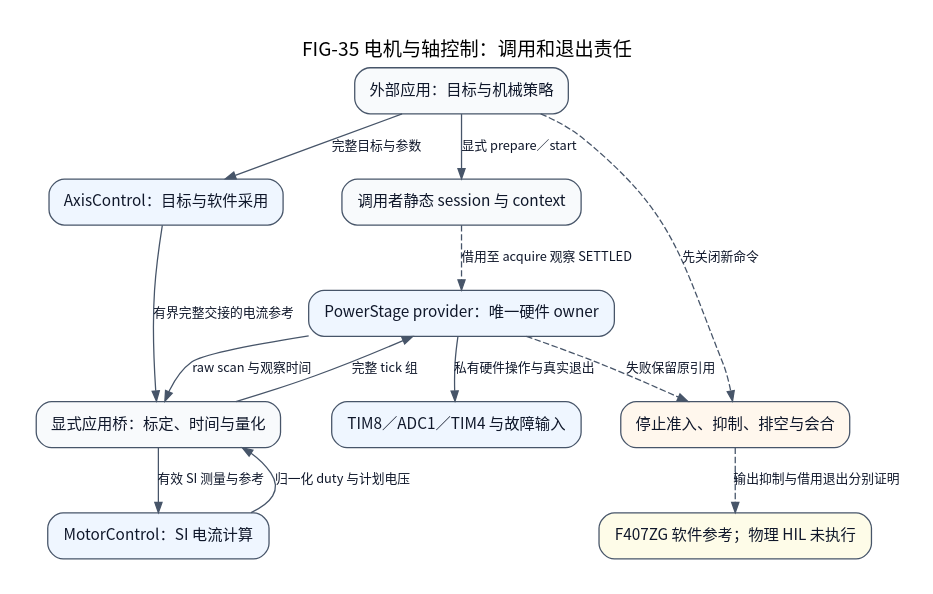
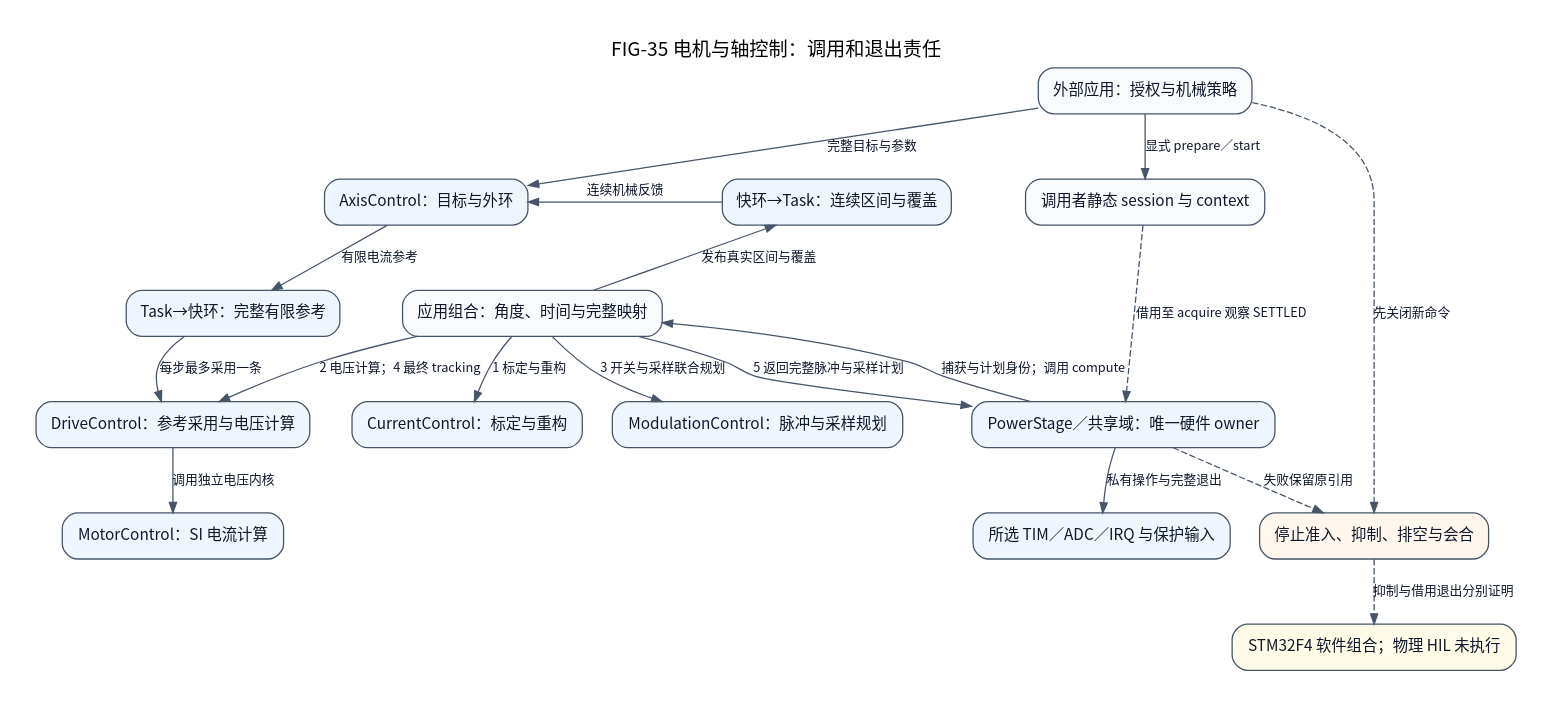
One commit to X-Gen-Lab/nexus changed the diagram in docs/assets/diagrams/motor-control.dot. Above: the diagram before and after it, drawn with Graphviz. The commit also changed 117 other files, not shown here.

Commit message:
feat(control): assemble sampled FOC and shared F4 power stages

```diff
--- a/docs/assets/diagrams/motor-control.dot
+++ b/docs/assets/diagrams/motor-control.dot
@@ -1,38 +1,50 @@
-// FIG-35 current: optional software composition and exact F407ZG reference.
+// FIG-35 current: optional control composition and selected STM32F4 execution.
 // Code basis: components/control; io/power_stage.h; F4 pwm_adc implementation.
 // Solid arrows are calls/data; dashed arrows are loans or exit duties.
 digraph MotorControl {
     graph [label="FIG-35 电机与轴控制：调用和退出责任", rankdir=TB,
-           bgcolor="white", pad=0.28, nodesep=0.35, ranksep=0.55,
+           bgcolor="white", pad=0.28, nodesep=0.32, ranksep=0.55,
            fontname="Noto Sans CJK SC", fontsize=15, labelloc=t];
     node [shape=box, style="rounded,filled", fillcolor="#eff6ff",
           color="#475569", fontcolor="#0f172a", fontname="Noto Sans CJK SC",
           fontsize=12, margin="0.15,0.11"];
     edge [color="#475569", fontcolor="#0f172a",
           fontname="Noto Sans CJK SC", fontsize=10, arrowsize=0.8];
 
-    app [label="外部应用：目标与机械策略", fillcolor="#f8fafc"];
-    axis [label="AxisControl：目标与软件采用"];
+    app [label="外部应用：授权与机械策略", fillcolor="#f8fafc"];
+    axis [label="AxisControl：目标与外环"];
+    reference [label="Task→快环：完整有限参考"];
+    drive [label="DriveControl：参考采用与电压计算"];
+    current [label="CurrentControl：标定与重构"];
     motor [label="MotorControl：SI 电流计算"];
-    bridge [label="显式应用桥：标定、时间与量化", fillcolor="#f8fafc"];
-    stage [label="PowerStage provider：唯一硬件 owner"];
-    hardware [label="TIM8／ADC1／TIM4 与故障输入"];
+    modulation [label="ModulationControl：脉冲与采样规划"];
+    bridge [label="应用组合：角度、时间与完整映射", fillcolor="#f8fafc"];
+    feedback [label="快环→Task：连续区间与覆盖"];
+    stage [label="PowerStage／共享域：唯一硬件 owner"];
+    hardware [label="所选 TIM／ADC／IRQ 与保护输入"];
     session [label="调用者静态 session 与 context", fillcolor="#f8fafc"];
     exit [label="停止准入、抑制、排空与会合", fillcolor="#fff7ed"];
-    scope [label="F407ZG 软件参考；物理 HIL 未执行", fillcolor="#fefce8"];
+    scope [label="STM32F4 软件组合；物理 HIL 未执行", fillcolor="#fefce8"];
 
     { rank=same; axis; session; }
+    { rank=same; axis; feedback; }
+    { rank=same; current; drive; modulation; }
 
     app -> axis [label="完整目标与参数"];
-    axis -> bridge [label="有界完整交接的电流参考"];
-    stage -> bridge [label="raw scan 与观察时间"];
-    bridge -> motor [label="有效 SI 测量与参考"];
-    motor -> bridge [label="归一化 duty 与计划电压", constraint=false];
-    bridge -> stage [label="完整 tick 组", constraint=false];
-    stage -> hardware [label="私有硬件操作与真实退出"];
+    axis -> reference [label="有限电流参考"];
+    reference -> drive [label="每步最多采用一条"];
+    stage -> bridge [label="捕获与计划身份；调用 compute", constraint=false];
+    bridge -> current [label="1 标定与重构"];
+    bridge -> drive [label="2 电压计算；4 最终 tracking"];
+    drive -> motor [label="调用独立电压内核"];
+    bridge -> modulation [label="3 开关与采样联合规划"];
+    bridge -> stage [label="5 返回完整脉冲与采样计划"];
+    stage -> hardware [label="私有操作与完整退出"];
+    bridge -> feedback [label="发布真实区间与覆盖", constraint=false];
+    feedback -> axis [label="连续机械反馈", constraint=false];
     app -> session [label="显式 prepare／start"];
     session -> stage [label="借用至 acquire 观察 SETTLED", style=dashed];
     app -> exit [label="先关闭新命令", style=dashed];
     stage -> exit [label="失败保留原引用", style=dashed];
-    exit -> scope [label="输出抑制与借用退出分别证明", style=dashed];
+    exit -> scope [label="抑制与借用退出分别证明", style=dashed];
 }
```
